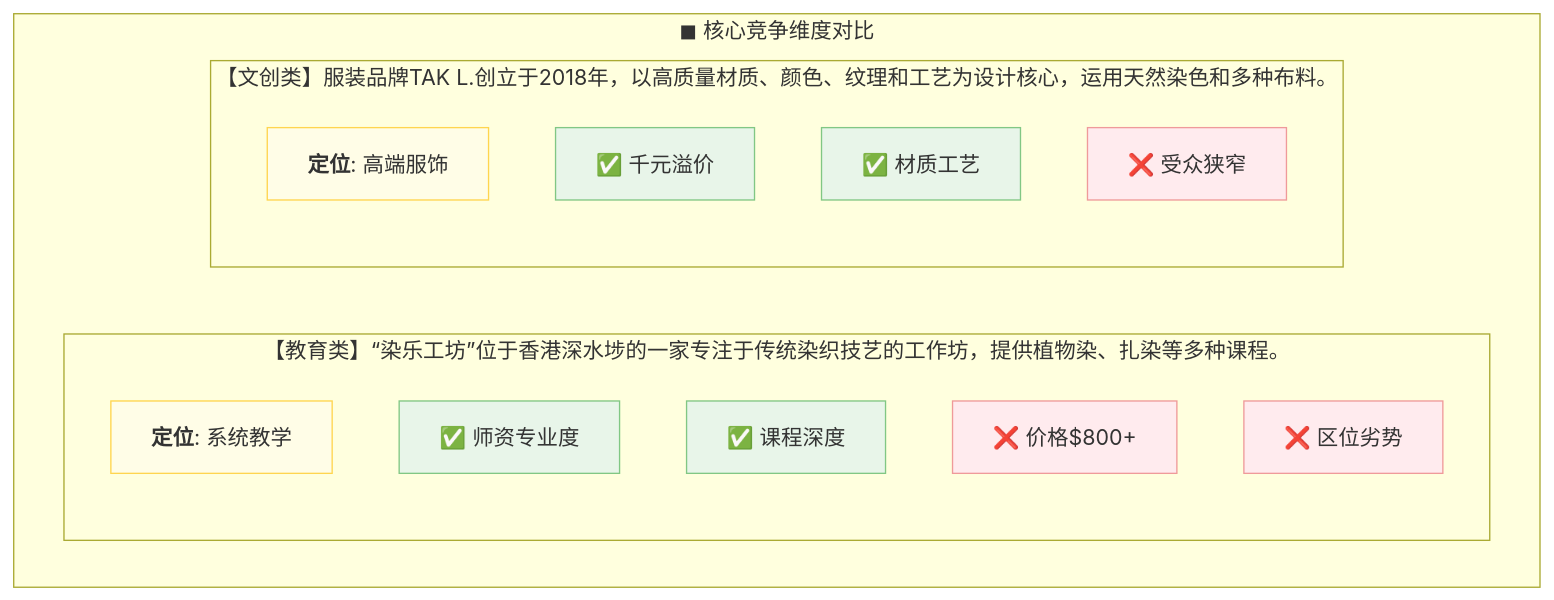
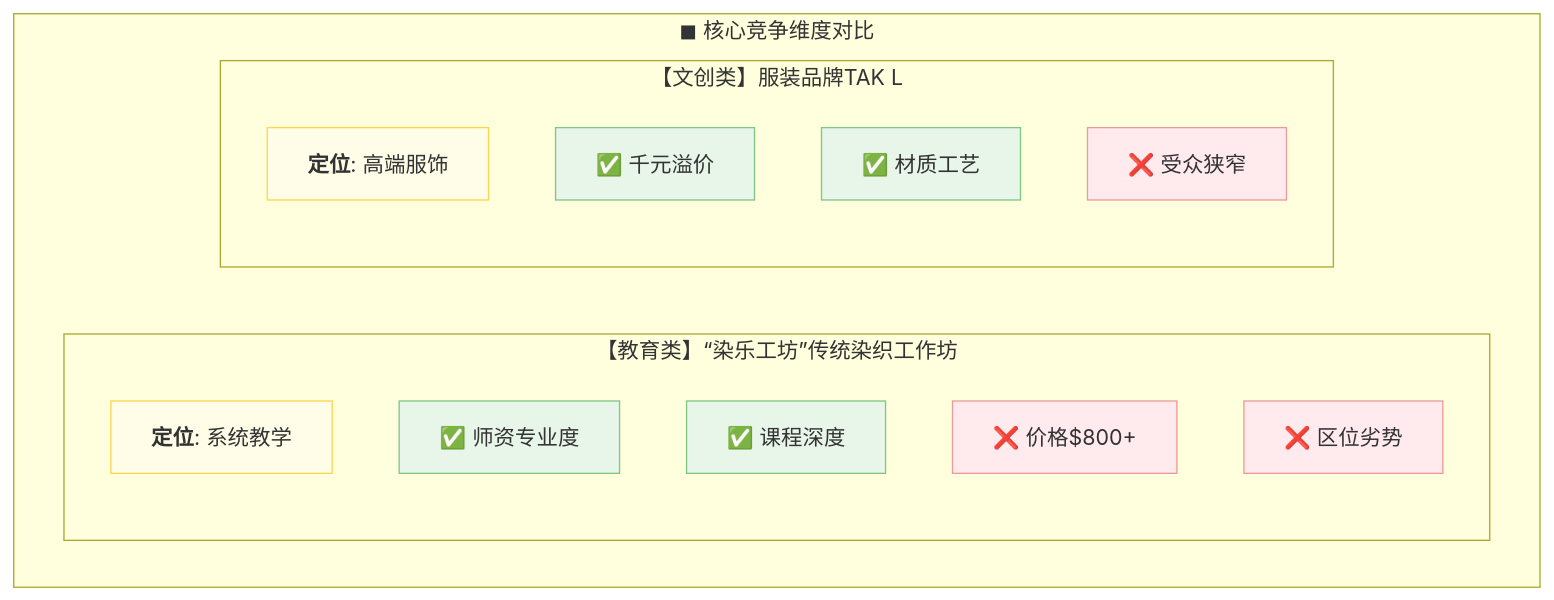
The second of 2 diagrams in README.md (NaturalRice/git-demo), drawn with Mermaid before and after one commit.

````diff
--- a/README.md
+++ b/README.md
@@ -21,24 +21,24 @@
 ```mermaid
 flowchart TD
     classDef comp fill:#fffde7,stroke:#ffd54f
     classDef pros fill:#e8f5e9,stroke:#81c784
     classDef cons fill:#ffebee,stroke:#ef9a9a
 
     subgraph 竞争维度对比["◼ 核心竞争维度对比"]
         direction LR
-        subgraph 教育竞品["【教育类】“染乐工坊”位于香港深水埗的一家专注于传统染织技艺的工作坊，提供植物染、扎染等多种课程。"]
+        subgraph 教育竞品["【教育类】“染乐工坊”传统染织工作坊"]
             A1["<b>定位</b>: 系统教学"]:::comp
             A2["✅ 师资专业度"]:::pros
             A3["✅ 课程深度"]:::pros
             A4["❌ 价格$800+"]:::cons
             A5["❌ 区位劣势"]:::cons
         end
 
-        subgraph 文创竞品["【文创类】服装品牌TAK L.创立于2018年，以高质量材质、颜色、纹理和工艺为设计核心，运用天然染色和多种布料。"]
+        subgraph 文创竞品["【文创类】服装品牌TAK L"]
             B1["<b>定位</b>: 高端服饰"]:::comp
             B2["✅ 千元溢价"]:::pros
             B3["✅ 材质工艺"]:::pros
             B4["❌ 受众狭窄"]:::cons
         end
     end
 ```
````
